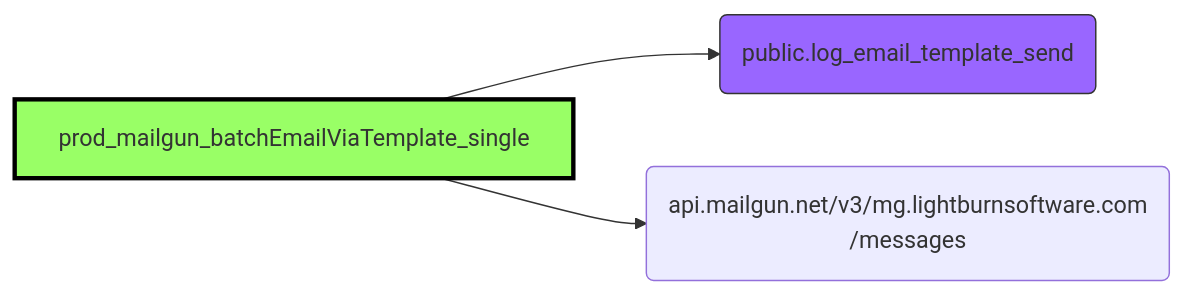
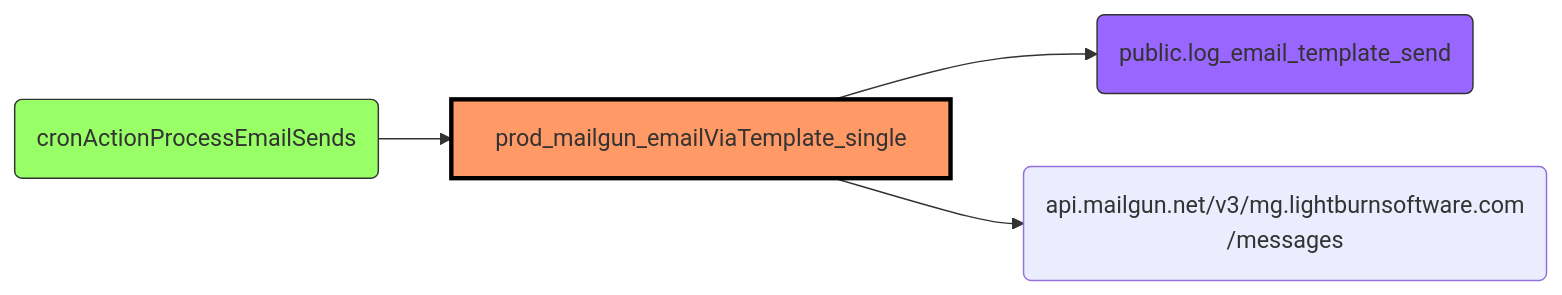
Before and after one commit to joze-liburn/uibakery: the second of 28 diagrams in actionslib.md, drawn with Mermaid. The commit also changed other lines of this file and 3 other files, not shown here.

Commit message:
Added calls between automations and actions so that each pair appears twice. Two missing web services. Added overall call graph. Fixed internal symbol names.

````diff
--- a/actionslib.md
+++ b/actionslib.md
@@ -79,13 +78,15 @@
 ```mermaid
 graph LR
-  classDef this fill:#9f6,stroke:#000,stroke-width:3;
+  classDef this fill:#f96,stroke:#000,stroke-width:3;
   classDef automation fill:#9f6,stroke:#333;
   classDef action fill:#f96,stroke:#333;
   classDef database fill:#96f,stroke:#333;
 
-  act02[prod_mailgun_batchEmailViaTemplate_single] --> db05(public.log_email_template_send)
-  act02[prod_mailgun_batchEmailViaTemplate_single] --> mailgun(api.mailgun.net/v3/mg.lightburnsoftware.com<br>/messages)
+  act02[prod_mailgun_emailViaTemplate_single] --> db05(public.log_email_template_send)
+  act02[prod_mailgun_emailViaTemplate_single] --> mailgun(api.mailgun.net/v3/mg.lightburnsoftware.com<br>/messages)
+  aut20(cronActionProcessEmailSends) --> act02[prod_mailgun_emailViaTemplate_single]
   
   class act02 this
+  class aut20 automation
   class db05 database
 ```
````
